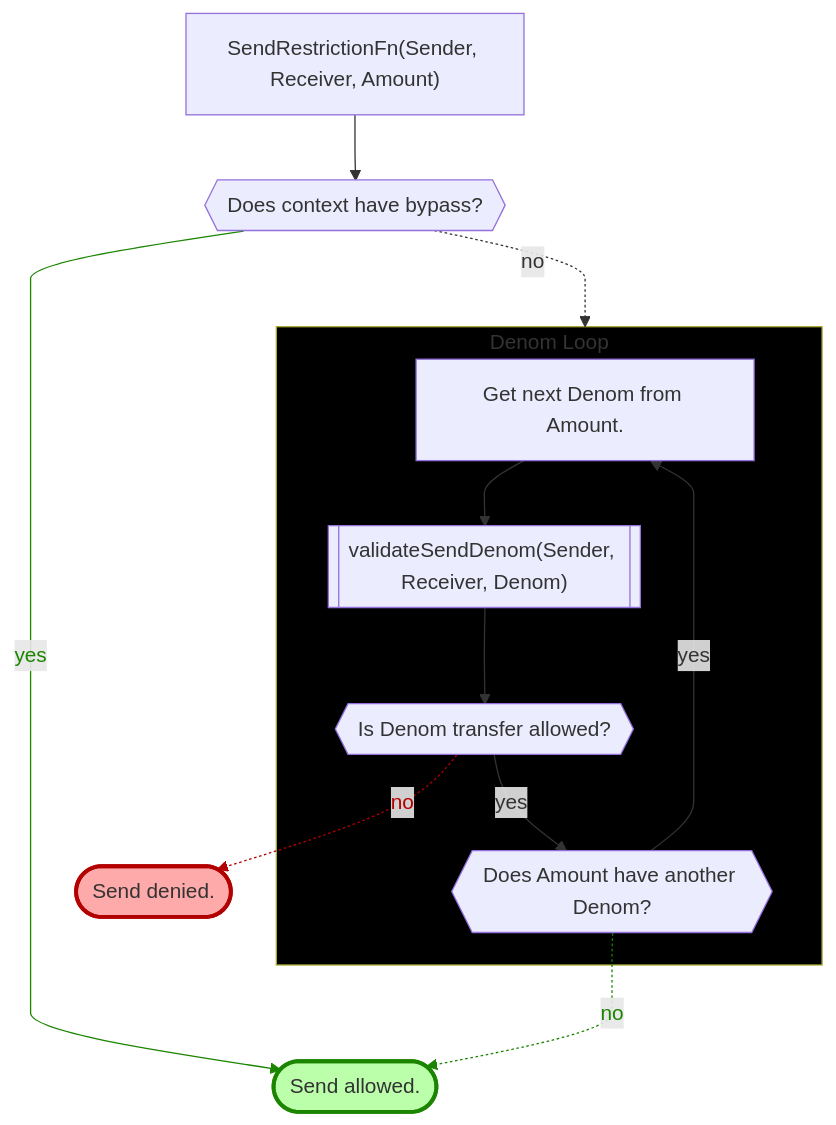
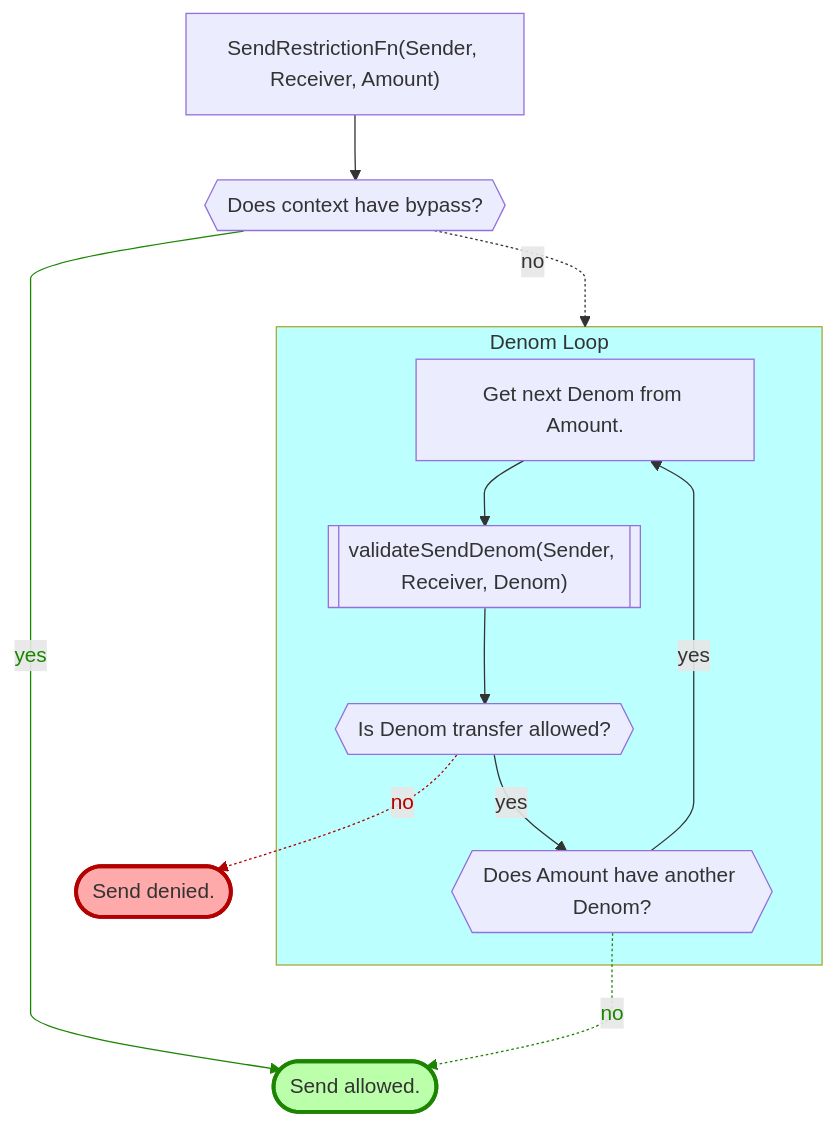
One commit to provenance-io/provenance changed the first of 5 diagrams in x/marker/spec/12_transfers.md. Above: the diagram before and after it, drawn with Mermaid.

Commit message:
[1626]: Fix denomloop background color.

````diff
--- a/x/marker/spec/12_transfers.md
+++ b/x/marker/spec/12_transfers.md
@@ -82,29 +82,29 @@
 ```mermaid
 %%{ init: { 'flowchart': { 'curve': 'monotoneY'} } }%%
 flowchart TD
     start["SendRestrictionFn(Sender, Receiver, Amount)"]
     qhasbp{{"Does context have bypass?"}}
     nextd["Get next Denom from Amount."]
     vsd[["validateSendDenom(Sender, Receiver, Denom)"]]
     isdok{{"Is Denom transfer allowed?"}}
     mored{{"Does Amount have another Denom?"}}
     ok(["Send allowed."])
     style ok fill:#bbffaa,stroke:#1b8500,stroke-width:3px
     denied(["Send denied."])
     style denied fill:#ffaaaa,stroke:#b30000,stroke-width:3px
     start --> qhasbp
     qhasbp ------>|yes| ok
     qhasbp -.->|no| denomloop
     subgraph denomloop ["Denom Loop"]
     isdok -->|yes| mored
     vsd --> isdok
     mored -->|yes| nextd
     nextd --> vsd
     end
     mored -.->|no| ok
     isdok -.->|no| denied
 
-    style denomloop fill:#000000
+    style denomloop fill:#bbffff
     linkStyle 8 stroke:#b30000,color:#b30000
     linkStyle 1,7 stroke:#1b8500,color:#1b8500
 ```
````
